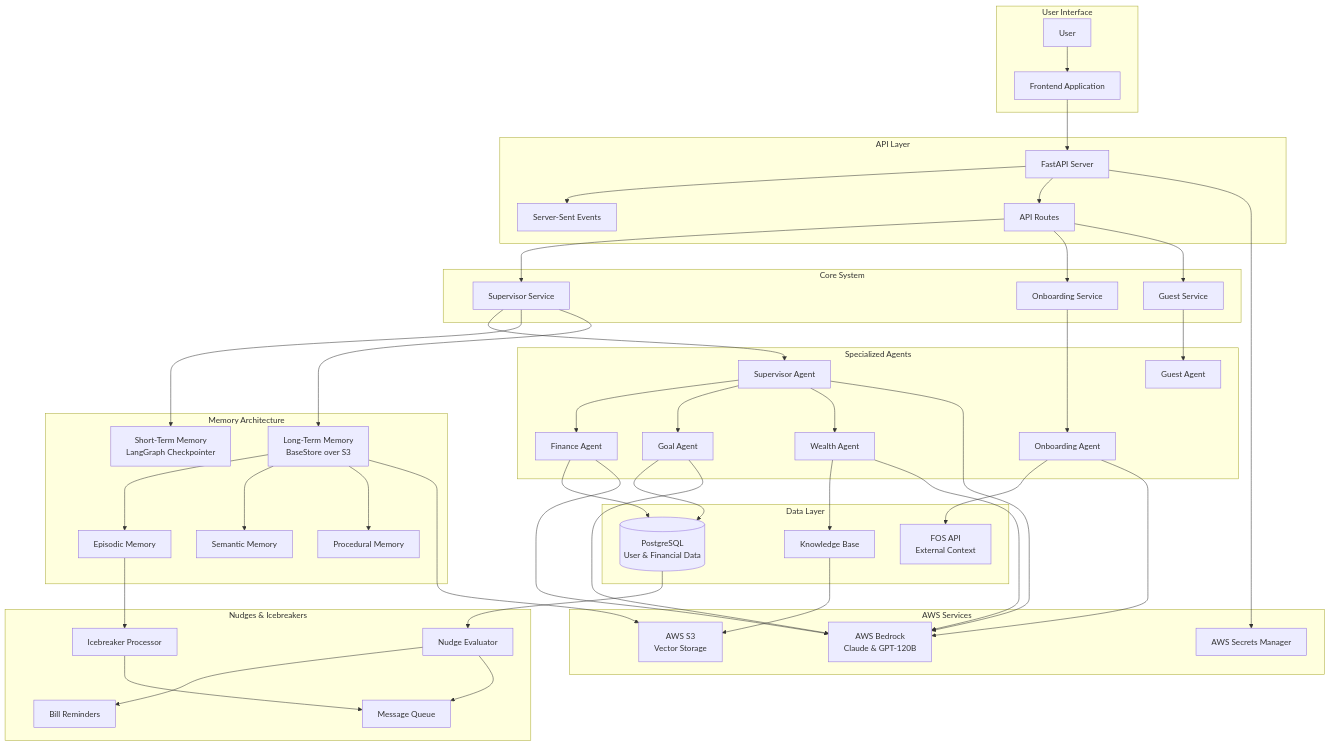
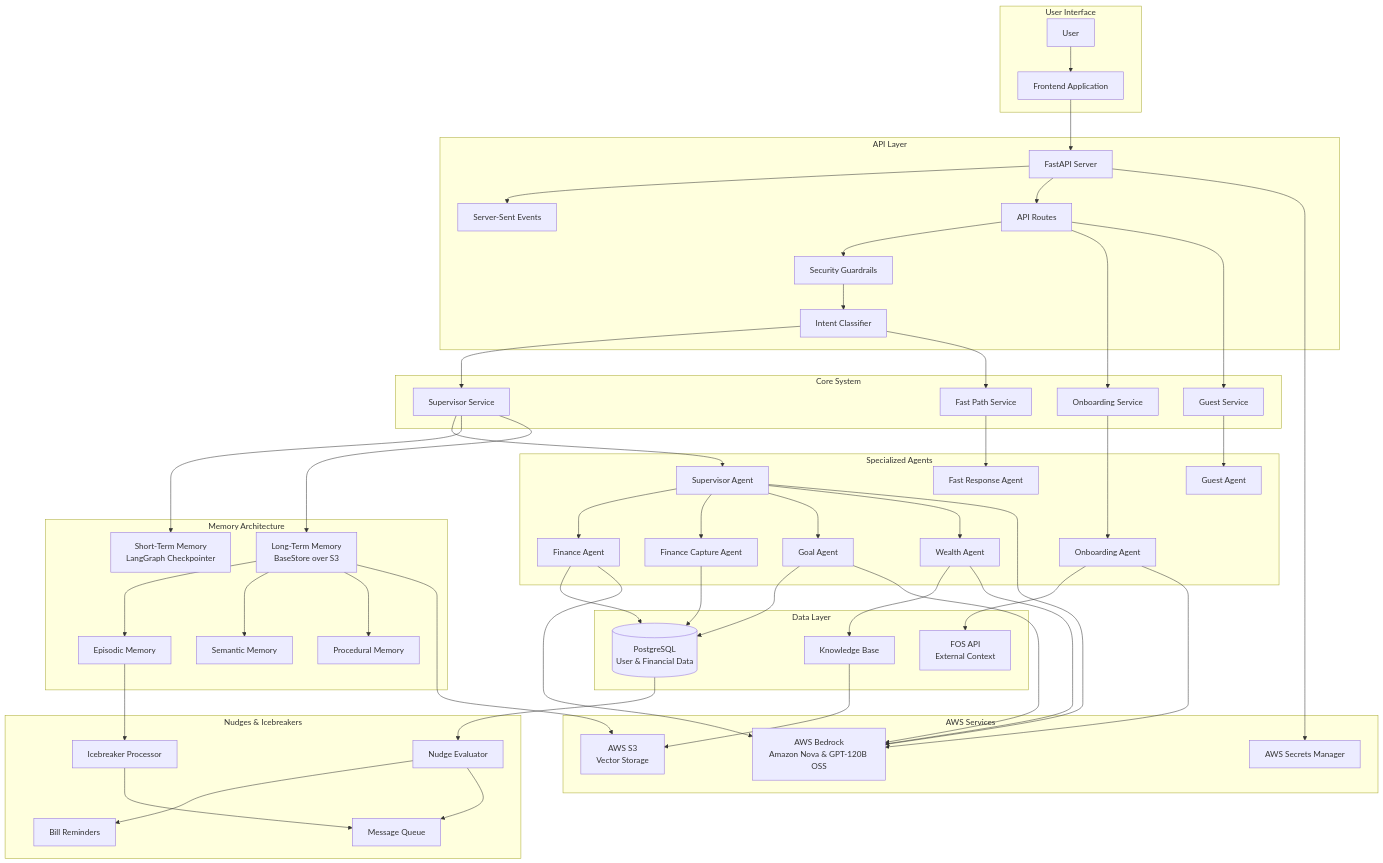
One commit to carrizojuancruz/ai changed the first of 6 diagrams in docs/vera_architecture_overview_narrative.md. Above: the diagram before and after it, drawn with Mermaid. The commit also changed other lines of this file, not shown here.

First line of the commit message:
Expand architecture overview with fast path and memory details

````diff
--- a/docs/vera_architecture_overview_narrative.md
+++ b/docs/vera_architecture_overview_narrative.md
@@ -11,5 +11,5 @@
 ```mermaid
-graph TB
+flowchart TB
     %% User Interface Layer
     subgraph "User Interface"
         USER[User]
@@ -21,11 +21,14 @@
         API[FastAPI Server]
         SSE[Server-Sent Events]
         ROUTES[API Routes]
+        GUARD[Security Guardrails]
+        INTENT[Intent Classifier]
     end
     
     %% Core Orchestration
     subgraph "Core System"
         SUPERVISOR[Supervisor Service]
+        FAST[Fast Path Service]
         ONBOARDING[Onboarding Service]
         GUEST[Guest Service]
     end
@@ -34,8 +37,10 @@
     subgraph "Specialized Agents"
         SUP_AGENT[Supervisor Agent]
         FINANCE[Finance Agent]
+        FIN_CAPTURE[Finance Capture Agent]
         GOAL[Goal Agent]
         WEALTH[Wealth Agent]
+        FAST_AGENT[Fast Response Agent]
         GUEST_AGENT[Guest Agent]
         ONBOARD_AGENT[Onboarding Agent]
     end
@@ -59,7 +64,7 @@
     
     %% External Services
     subgraph "AWS Services"
-        BEDROCK[AWS Bedrock<br/>Claude & GPT-120B]
+        BEDROCK[AWS Bedrock<br/>Amazon Nova & GPT-120B OSS]
         SECRETS[AWS Secrets Manager]
         S3[AWS S3<br/>Vector Storage]
     end
@@ -76,19 +81,24 @@
     FRONTEND --> API
     API --> SSE
     API --> ROUTES
+    ROUTES --> GUARD
+    GUARD --> INTENT
     
     %% Service Routing
-    ROUTES --> SUPERVISOR
+    INTENT --> SUPERVISOR
+    INTENT --> FAST
     ROUTES --> ONBOARDING
     ROUTES --> GUEST
     
     %% Agent Orchestration
     SUPERVISOR --> SUP_AGENT
     SUP_AGENT --> FINANCE
+    SUP_AGENT --> FIN_CAPTURE
     SUP_AGENT --> GOAL
     SUP_AGENT --> WEALTH
     ONBOARDING --> ONBOARD_AGENT
     GUEST --> GUEST_AGENT
+    FAST --> FAST_AGENT
     
     %% Memory Integration
     SUPERVISOR --> SHORT_MEM
@@ -99,6 +109,7 @@
     
     %% Data Access
     FINANCE --> POSTGRES
+    FIN_CAPTURE --> POSTGRES
     GOAL --> POSTGRES
     WEALTH --> KNOWLEDGE
     ONBOARD_AGENT --> FOS_API
````
